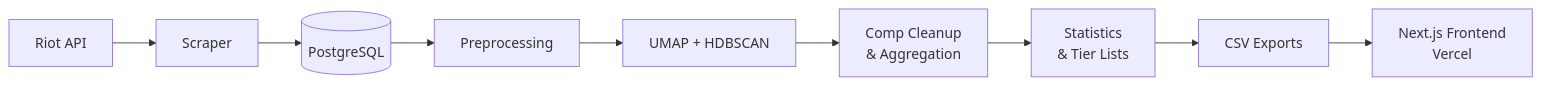
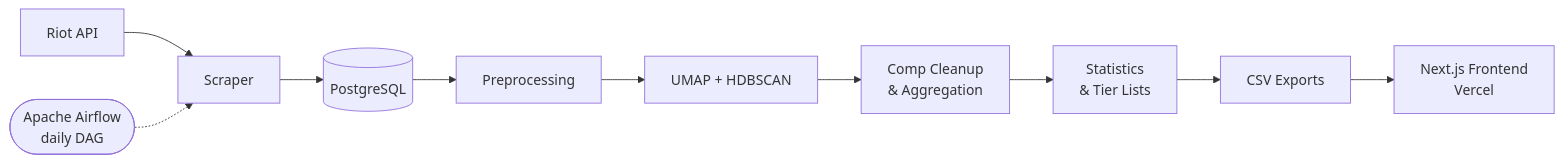
One commit to anpugeat/tft-exodia-showcase changed the diagram in README.md. Above: the diagram before and after it, drawn with Mermaid. The commit also changed other lines of this file, not shown here.

Commit message:
Update cron -> Apache airflow in README

````diff
--- a/README.md
+++ b/README.md
@@ -24,11 +24,12 @@
 ```mermaid
 graph LR
     A[Riot API] --> B[Scraper]
     B --> C[(PostgreSQL)]
     C --> D[Preprocessing]
     D --> E[UMAP + HDBSCAN]
     E --> F[Comp Cleanup<br/>& Aggregation]
     F --> G[Statistics<br/>& Tier Lists]
     G --> H[CSV Exports]
     H --> I[Next.js Frontend <br/>Vercel]
+    S([Apache Airflow<br/>daily DAG]) -.-> B
 ```
````
